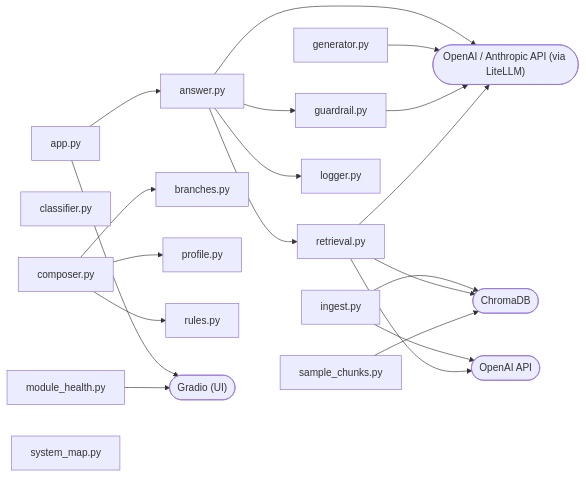
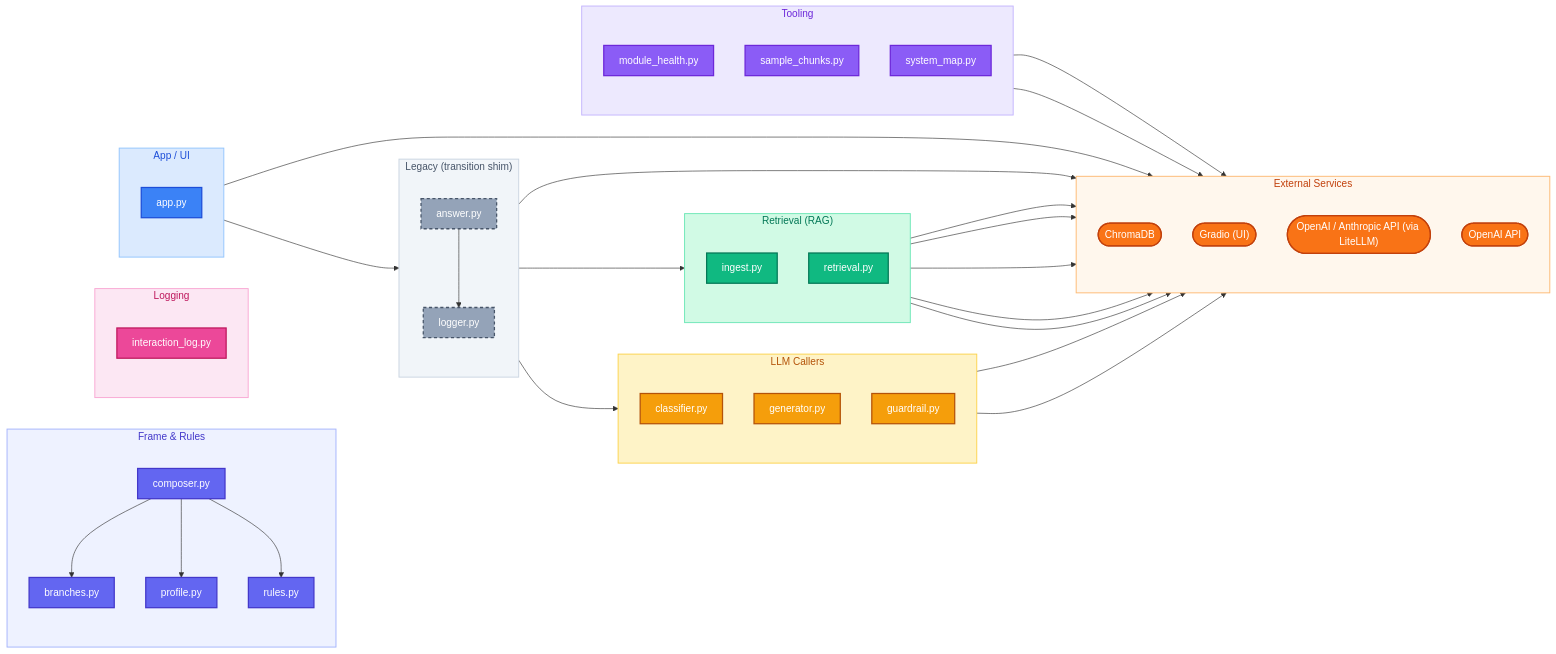
One commit to AlejandroFuentePinero/digital-twin changed the diagram in docs/MAP.md. Above: the diagram before and after it, drawn with Mermaid. The commit also changed other lines of this file and 4 other files, not shown here.

````diff
--- a/docs/MAP.md
+++ b/docs/MAP.md
@@ -9,24 +9,69 @@
 ```mermaid
+%%{init: {'flowchart': {'nodeSpacing': 50, 'rankSpacing': 100, 'curve': 'basis', 'padding': 12}}}%%
 graph LR
-  answer["answer.py"]
-  app["app.py"]
-  branches["branches.py"]
-  classifier["classifier.py"]
-  composer["composer.py"]
-  generator["generator.py"]
-  guardrail["guardrail.py"]
-  ingest["ingest.py"]
-  logger["logger.py"]
-  module_health["module_health.py"]
-  profile["profile.py"]
-  retrieval["retrieval.py"]
-  rules["rules.py"]
-  sample_chunks["sample_chunks.py"]
-  system_map["system_map.py"]
-  ext_ChromaDB(["ChromaDB"])
-  ext_Gradio__UI_(["Gradio (UI)"])
-  ext_OpenAI___Anthropic_API__via_LiteLLM_(["OpenAI / Anthropic API (via LiteLLM)"])
-  ext_OpenAI_API(["OpenAI API"])
+  classDef frame fill:#6366f1,stroke:#4338ca,color:#ffffff,stroke-width:2px
+  classDef llm fill:#f59e0b,stroke:#b45309,color:#ffffff,stroke-width:2px
+  classDef retrieval fill:#10b981,stroke:#047857,color:#ffffff,stroke-width:2px
+  classDef pipeline fill:#ef4444,stroke:#b91c1c,color:#ffffff,stroke-width:2px
+  classDef logging fill:#ec4899,stroke:#be185d,color:#ffffff,stroke-width:2px
+  classDef appui fill:#3b82f6,stroke:#1d4ed8,color:#ffffff,stroke-width:2px
+  classDef legacy fill:#94a3b8,stroke:#475569,color:#ffffff,stroke-width:2px,stroke-dasharray:5 4
+  classDef tooling fill:#8b5cf6,stroke:#6d28d9,color:#ffffff,stroke-width:2px
+  classDef external fill:#f97316,stroke:#c2410c,color:#ffffff,stroke-width:2px
+  classDef uncat fill:#9ca3af,stroke:#4b5563,color:#ffffff,stroke-width:2px
+
+  subgraph sg_frame["Frame & Rules"]
+    direction TB
+    branches["branches.py"]:::frame
+    composer["composer.py"]:::frame
+    profile["profile.py"]:::frame
+    rules["rules.py"]:::frame
+  end
+
+  subgraph sg_llm["LLM Callers"]
+    direction TB
+    classifier["classifier.py"]:::llm
+    generator["generator.py"]:::llm
+    guardrail["guardrail.py"]:::llm
+  end
+
+  subgraph sg_retrieval["Retrieval (RAG)"]
+    direction TB
+    ingest["ingest.py"]:::retrieval
+    retrieval["retrieval.py"]:::retrieval
+  end
+
+  subgraph sg_logging["Logging"]
+    direction TB
+    interaction_log["interaction_log.py"]:::logging
+  end
+
+  subgraph sg_appui["App / UI"]
+    direction TB
+    app["app.py"]:::appui
+  end
+
+  subgraph sg_legacy["Legacy (transition shim)"]
+    direction TB
+    answer["answer.py"]:::legacy
+    logger["logger.py"]:::legacy
+  end
+
+  subgraph sg_tooling["Tooling"]
+    direction TB
+    module_health["module_health.py"]:::tooling
+    sample_chunks["sample_chunks.py"]:::tooling
+    system_map["system_map.py"]:::tooling
+  end
+
+  subgraph sg_external["External Services"]
+    direction TB
+    ext_ChromaDB(["ChromaDB"]):::external
+    ext_Gradio__UI_(["Gradio (UI)"]):::external
+    ext_OpenAI___Anthropic_API__via_LiteLLM_(["OpenAI / Anthropic API (via LiteLLM)"]):::external
+    ext_OpenAI_API(["OpenAI API"]):::external
+  end
+
   answer --> guardrail
   answer --> logger
   answer --> retrieval
@@ -45,4 +90,13 @@
   retrieval --> ext_OpenAI___Anthropic_API__via_LiteLLM_
   retrieval --> ext_OpenAI_API
   sample_chunks --> ext_ChromaDB
+
+  style sg_frame fill:#eef2ff,stroke:#a5b4fc,stroke-width:1.5px,color:#4338ca
+  style sg_llm fill:#fef3c7,stroke:#fcd34d,stroke-width:1.5px,color:#b45309
+  style sg_retrieval fill:#d1fae5,stroke:#6ee7b7,stroke-width:1.5px,color:#047857
+  style sg_logging fill:#fce7f3,stroke:#f9a8d4,stroke-width:1.5px,color:#be185d
+  style sg_appui fill:#dbeafe,stroke:#93c5fd,stroke-width:1.5px,color:#1d4ed8
+  style sg_legacy fill:#f1f5f9,stroke:#cbd5e1,stroke-width:1.5px,color:#475569
+  style sg_tooling fill:#ede9fe,stroke:#c4b5fd,stroke-width:1.5px,color:#6d28d9
+  style sg_external fill:#fff7ed,stroke:#fdba74,stroke-width:1.5px,color:#c2410c
 ```
````
